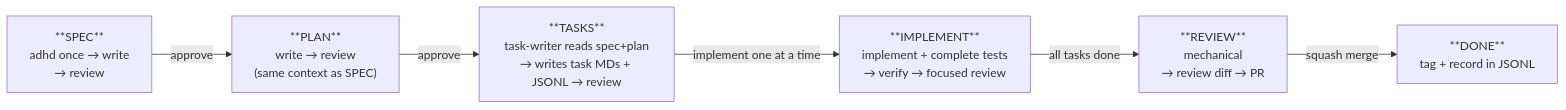
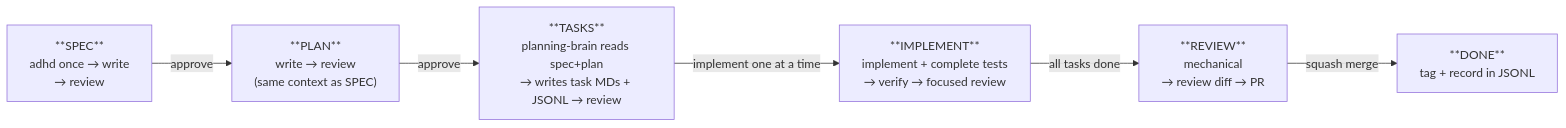
The second of 4 diagrams in README.md (bperin/project-context), drawn with Mermaid before and after one commit. The commit also changed other lines of this file and 16 other files, not shown here.

First line of the commit message:
feat: merge writers into planning-brain — one agent thinks and writes

````diff
--- a/README.md
+++ b/README.md
@@ -81,14 +81,14 @@
 ```mermaid
 graph LR
     SPEC["**SPEC**<br/>adhd once → write<br/>→ review"]
     PLAN["**PLAN**<br/>write → review<br/>(same context as SPEC)"]
-    TASK["**TASKS**<br/>task-writer reads spec+plan<br/>→ writes task MDs + JSONL → review"]
+    TASK["**TASKS**<br/>planning-brain reads spec+plan<br/>→ writes task MDs + JSONL → review"]
     IMPL["**IMPLEMENT**<br/>implement + complete tests<br/>→ verify → focused review"]
     REVIEW["**REVIEW**<br/>mechanical<br/>→ review diff → PR"]
 
     SPEC -->|approve| PLAN
     PLAN -->|approve| TASK
     TASK -->|implement one at a time| IMPL
     IMPL -->|all tasks done| REVIEW
     REVIEW -->|squash merge| DONE["**DONE**<br/>tag + record in JSONL"]
 ```
````
